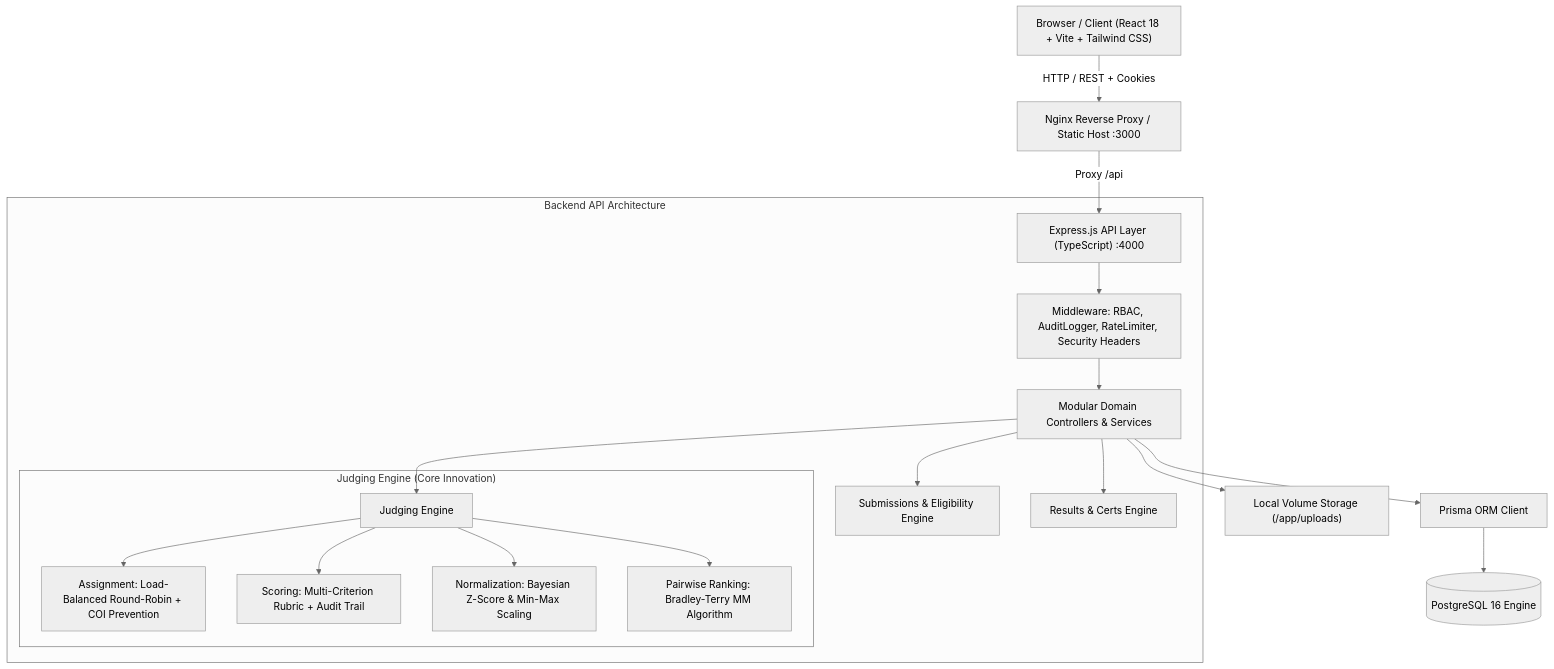
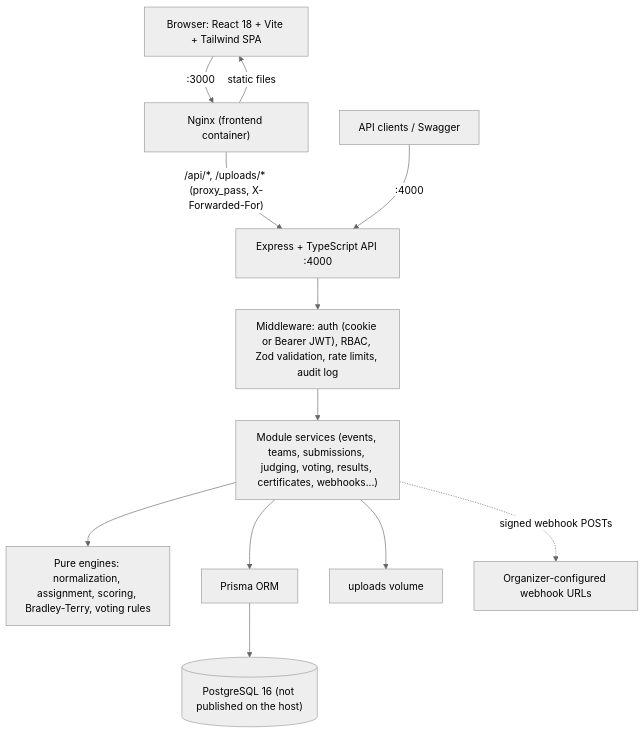
The second of 2 diagrams in README.md (atharva-glitch10/Dog_Food), drawn with Mermaid (neutral theme) before and after one commit. The commit also changed other lines of this file and 40 other files, not shown here.

````diff
--- a/README.md
+++ b/README.md
@@ -24,25 +103,13 @@
 ```mermaid
 graph TD
-    Client["Browser / Client (React 18 + Vite + Tailwind CSS)"] -->|HTTP / REST + Cookies| Nginx["Nginx Reverse Proxy / Static Host :3000"]
-    Nginx -->|Proxy /api| Express["Express.js API Layer (TypeScript) :4000"]
-    
-    subgraph "Backend API Architecture"
-        Express --> MW["Middleware: RBAC, AuditLogger, RateLimiter, Security Headers"]
-        MW --> Modules["Modular Domain Controllers & Services"]
-        
-        Modules --> Submissions["Submissions & Eligibility Engine"]
-        Modules --> JudgingEngine["Judging Engine"]
-        Modules --> ResultsPub["Results & Certs Engine"]
-        
-        subgraph "Judging Engine (Core Innovation)"
-            JudgingEngine --> Assign["Assignment: Load-Balanced Round-Robin + COI Prevention"]
-            JudgingEngine --> Scoring["Scoring: Multi-Criterion Rubric + Audit Trail"]
-            JudgingEngine --> Normalization["Normalization: Bayesian Z-Score & Min-Max Scaling"]
-            JudgingEngine --> Pairwise["Pairwise Ranking: Bradley-Terry MM Algorithm"]
-        end
-    end
-
-    Modules --> Prisma["Prisma ORM Client"]
-    Prisma --> Postgres[("PostgreSQL 16 Engine")]
-    Modules --> LocalFS["Local Volume Storage (/app/uploads)"]
+    Browser["Browser: React 18 + Vite + Tailwind SPA"] -->|":3000"| Nginx["Nginx (frontend container)"]
+    Nginx -->|"static files"| Browser
+    Nginx -->|"/api/*, /uploads/* (proxy_pass, X-Forwarded-For)"| Express["Express + TypeScript API :4000"]
+    Client["API clients / Swagger"] -->|":4000"| Express
+    Express --> MW["Middleware: auth (cookie or Bearer JWT), RBAC, Zod validation, rate limits, audit log"]
+    MW --> Services["Module services (events, teams, submissions, judging, voting, results, certificates, webhooks...)"]
+    Services --> Engines["Pure engines: normalization, assignment, scoring, Bradley-Terry, voting rules"]
+    Services --> Prisma["Prisma ORM"] --> PG[("PostgreSQL 16 (not published on the host)")]
+    Services --> Uploads["uploads volume"]
+    Services -.->|"signed webhook POSTs"| External["Organizer-configured webhook URLs"]
 ```
````
